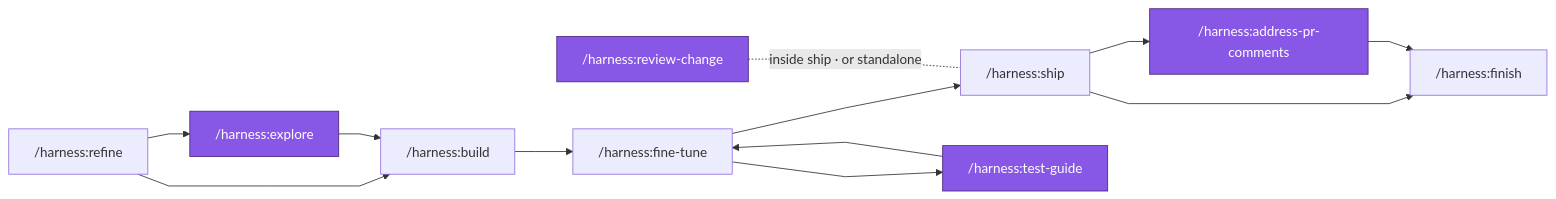
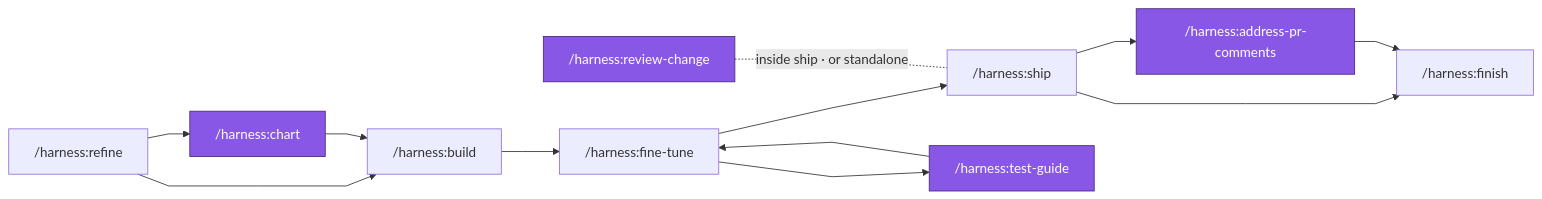
One commit to acatl/harness changed the second of 3 diagrams in docs/getting-started.md. Above: the diagram before and after it, drawn with Mermaid. The commit also changed other lines of this file and 1 other file, not shown here.

First line of the commit message:
docs: migrate getting-started to harness:chart + reconcile post-build flow

````diff
--- a/docs/getting-started.md
+++ b/docs/getting-started.md
@@ -60,12 +60,12 @@
 ```mermaid
 %%{init: {'flowchart': {'curve': 'linear'}}}%%
 flowchart LR
   R["/harness:refine"] --> B["/harness:build"] --> FT["/harness:fine-tune"] --> S["/harness:ship"] --> F["/harness:finish"]
 
-  R --> XP["/harness:explore"]:::help --> B
+  R --> CH["/harness:chart"]:::help --> B
   FT --> TG["/harness:test-guide"]:::help --> FT
   S --> APC["/harness:address-pr-comments"]:::help --> F
   RV["/harness:review-change"]:::help -. "inside ship · or standalone" .- S
 
   classDef help fill:#8957e5,stroke:#4b277a,color:#fff
 ```
````
